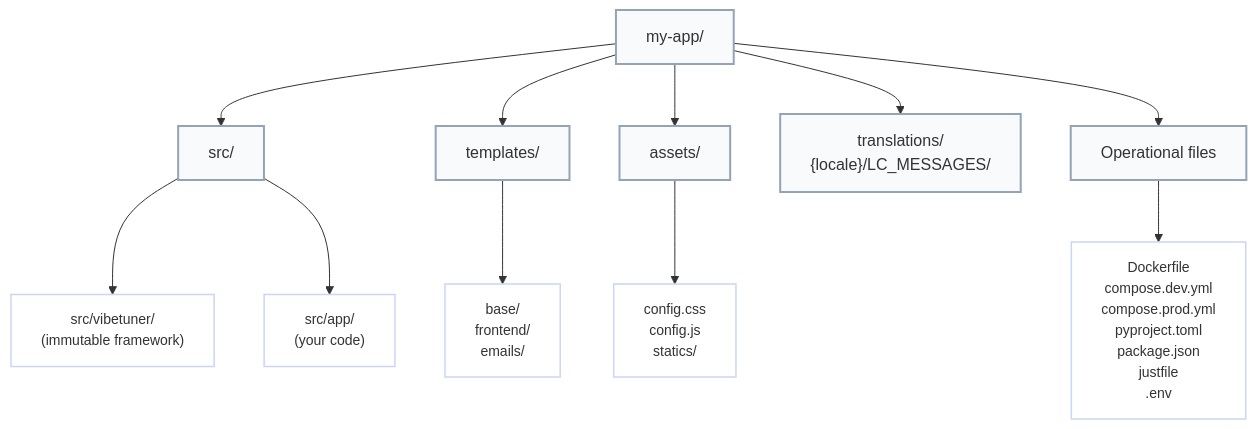
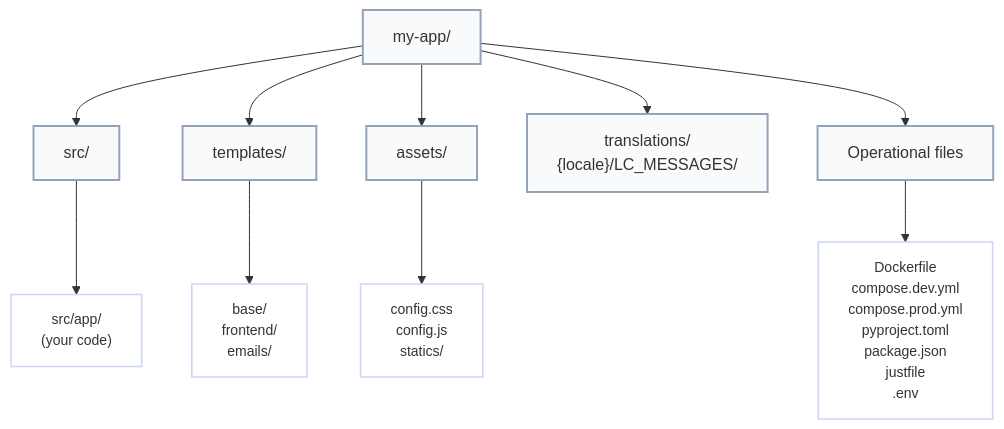
One commit to alltuner/vibetuner changed the second of 3 diagrams in vibetuner-docs/docs/architecture.md. Above: the diagram before and after it, drawn with Mermaid. The commit also changed other lines of this file and 9 other files, not shown here.

````diff
--- a/vibetuner-docs/docs/architecture.md
+++ b/vibetuner-docs/docs/architecture.md
@@ -63,22 +63,20 @@
 ```mermaid
 flowchart TD
 classDef large font-size:16px,fill:#f8fafc,stroke:#94a3b8,stroke-width:2px;
 classDef medium font-size:14px,fill:#ffffff,stroke:#cbd5f5,stroke-width:1.5px;
 root["my-app/"]:::large
 src["src/"]:::large
-vib["src/vibetuner/\n(immutable framework)"]:::medium
 app["src/app/\n(your code)"]:::medium
 templates["templates/"]:::large
 templates_nodes["base/\nfrontend/\nemails/"]:::medium
 assets["assets/"]:::large
 assets_nodes["config.css\nconfig.js\nstatics/"]:::medium
 translations["translations/\n{locale}/LC_MESSAGES/"]:::large
 ops["Operational files"]:::large
 ops_nodes["Dockerfile\ncompose.dev.yml\ncompose.prod.yml\npyproject.toml\npackage.json\njustfile\n.env"]:::medium
-root --> src --> vib
-src --> app
+root --> src --> app
 root --> templates --> templates_nodes
 root --> assets --> assets_nodes
 root --> translations
 root --> ops --> ops_nodes
 ```
````
